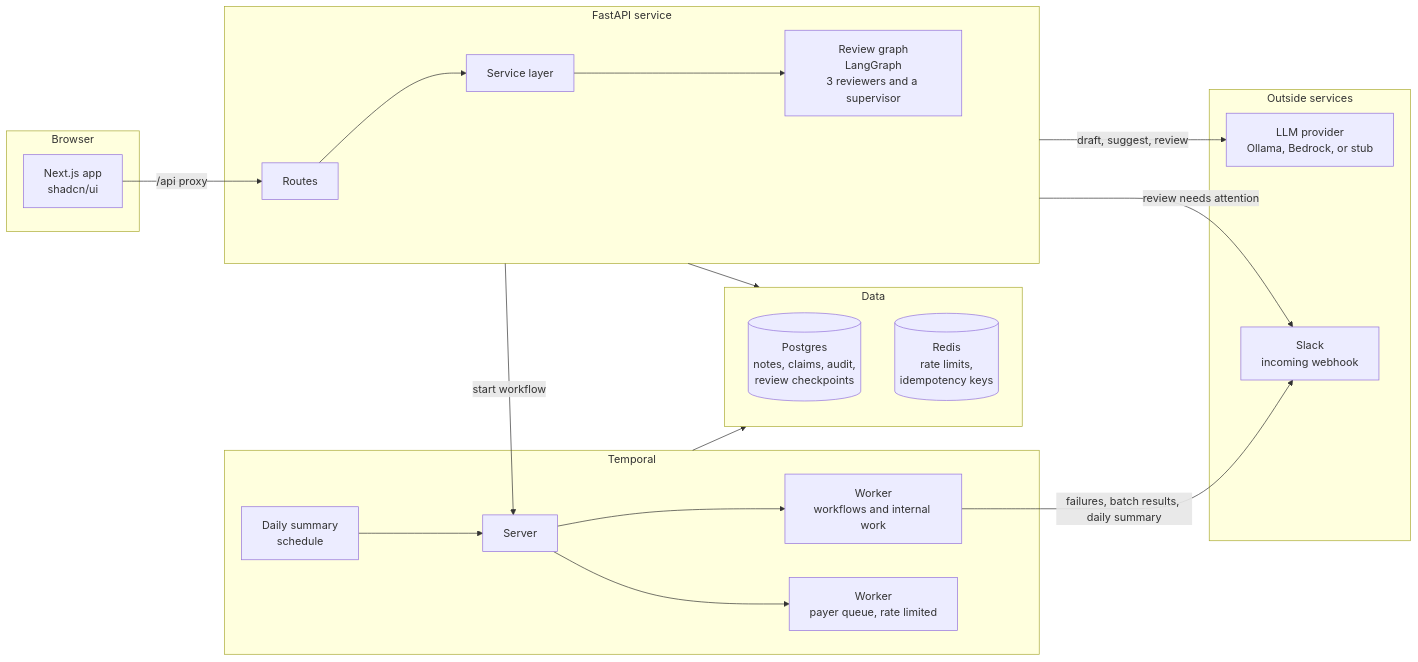
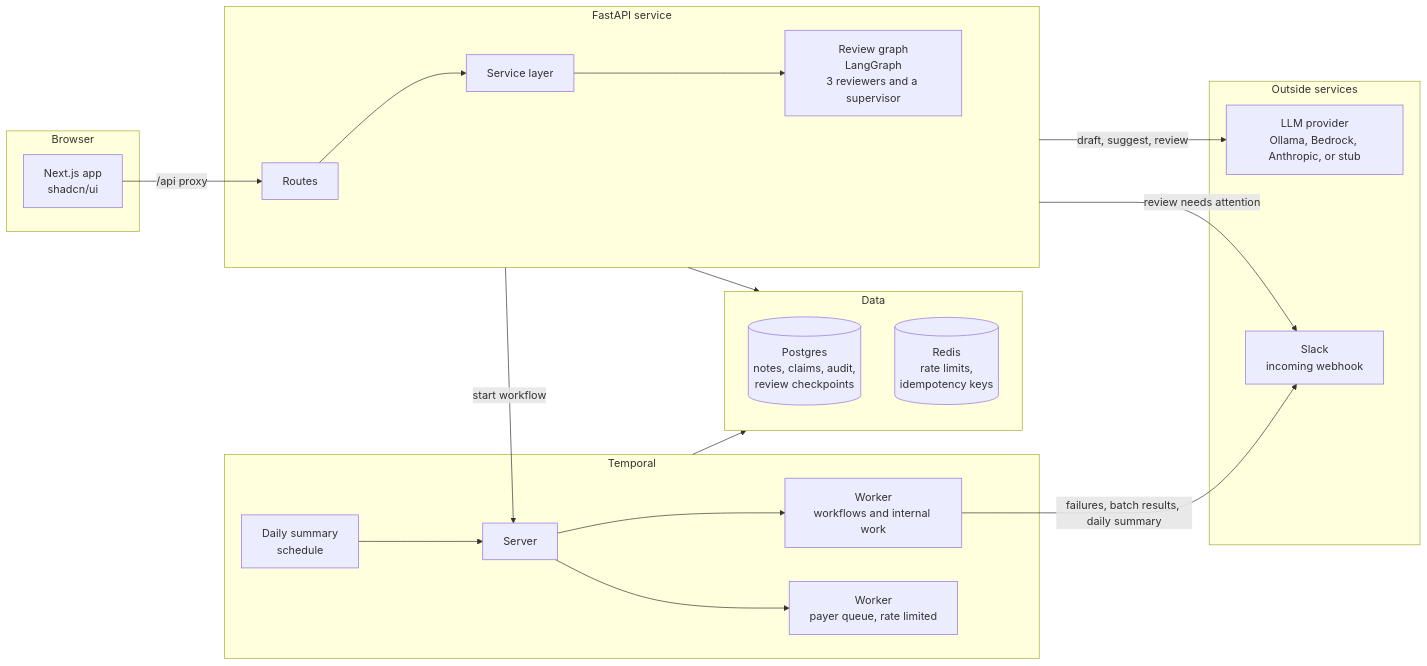
The first of 4 diagrams in README.md (ckwan/note_loop), drawn with Mermaid before and after one commit. The commit also changed other lines of this file and 16 other files, not shown here.

````diff
--- a/README.md
+++ b/README.md
@@ -54,31 +50,31 @@
 ```mermaid
 flowchart LR
     subgraph Browser
         UI["Next.js app<br/>shadcn/ui"]
     end
     subgraph API["FastAPI service"]
         R["Routes"] --> S["Service layer"]
         S --> RG["Review graph<br/>LangGraph<br/>3 reviewers and a supervisor"]
     end
     subgraph Data["Data"]
         DB[("Postgres<br/>notes, claims, audit,<br/>review checkpoints")]
         RD[("Redis<br/>rate limits,<br/>idempotency keys")]
     end
     subgraph Temporal["Temporal"]
         T["Server"]
         SCH["Daily summary<br/>schedule"] --> T
         T --> W1["Worker<br/>workflows and internal work"]
         T --> W2["Worker<br/>payer queue, rate limited"]
     end
     subgraph Outside["Outside services"]
-        LLM["LLM provider<br/>Ollama, Bedrock, or stub"]
+        LLM["LLM provider<br/>Ollama, Bedrock, Anthropic, or stub"]
         SL["Slack<br/>incoming webhook"]
     end
     UI -->|"/api proxy"| R
     API --> Data
     API -->|"start workflow"| T
     API -->|"draft, suggest, review"| LLM
     API -->|"review needs attention"| SL
     Temporal --> Data
     W1 -->|"failures, batch results, daily summary"| SL
 ```
````
